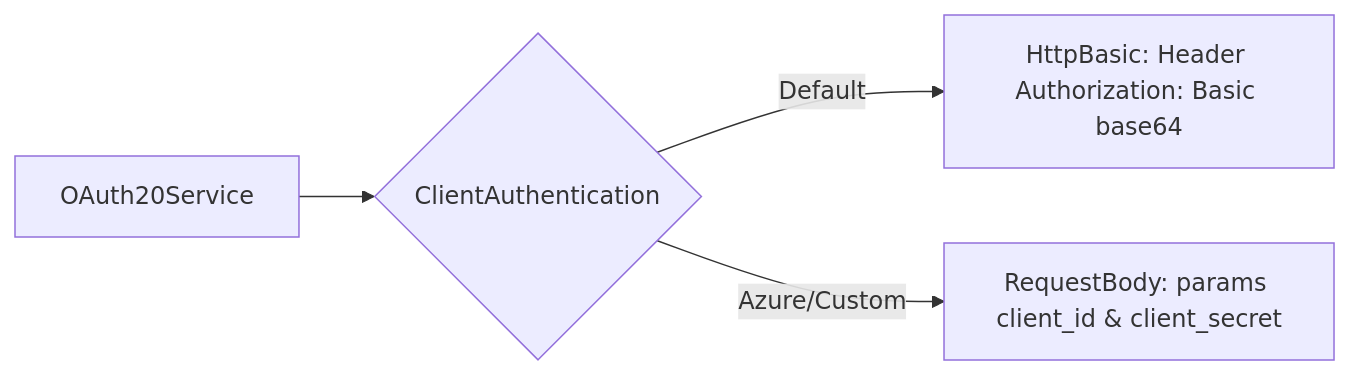
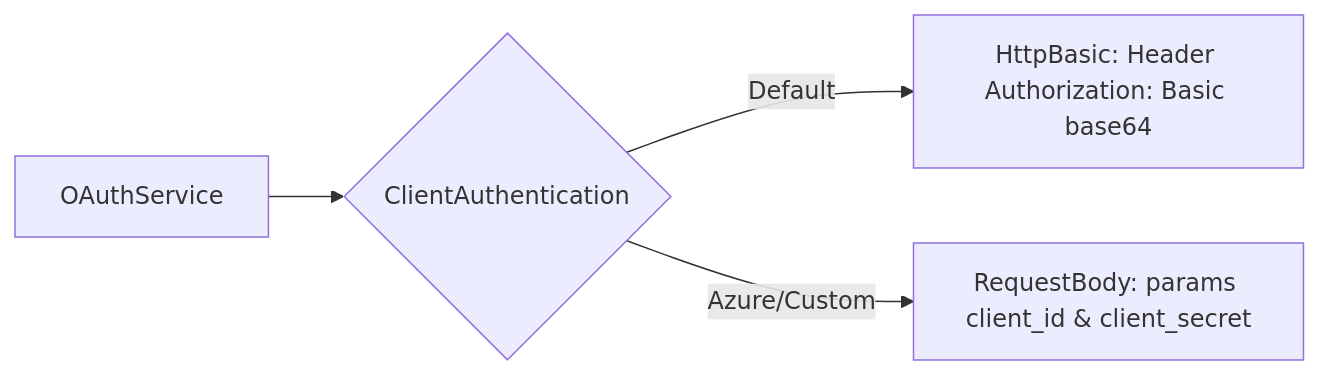
The ninth of 21 diagrams in docs/explanations/oauth2-flows.md (Q300Z/scribejava), drawn with Mermaid before and after one commit. The commit also changed other lines of this file, not shown here.

Commit message:
docs(oidc): fix mermaid syntax and align architectural flows with codebase

````diff
--- a/docs/explanations/oauth2-flows.md
+++ b/docs/explanations/oauth2-flows.md
@@ -360,8 +358,6 @@
 ```mermaid
-
 graph LR
-    Service[OAuth20Service] --> Strategy{ClientAuthentication}
-    Strategy -- Default --> Basic[HttpBasic: Header Authorization: Basic base64]
-    Strategy -- Azure/Custom --> Body[RequestBody: params client_id & client_secret]
-
+    Service["OAuthService"] --> Strategy{"ClientAuthentication"}
+    Strategy -- "Default" --> Basic["HttpBasic: Header Authorization: Basic base64"]
+    Strategy -- "Azure/Custom" --> Body["RequestBody: params client_id & client_secret"]
 ```
````
